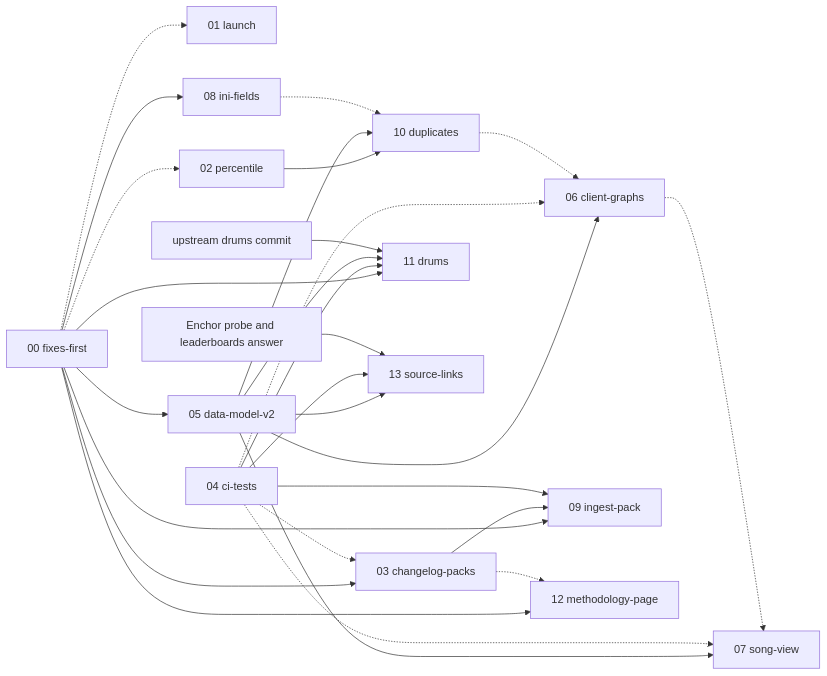
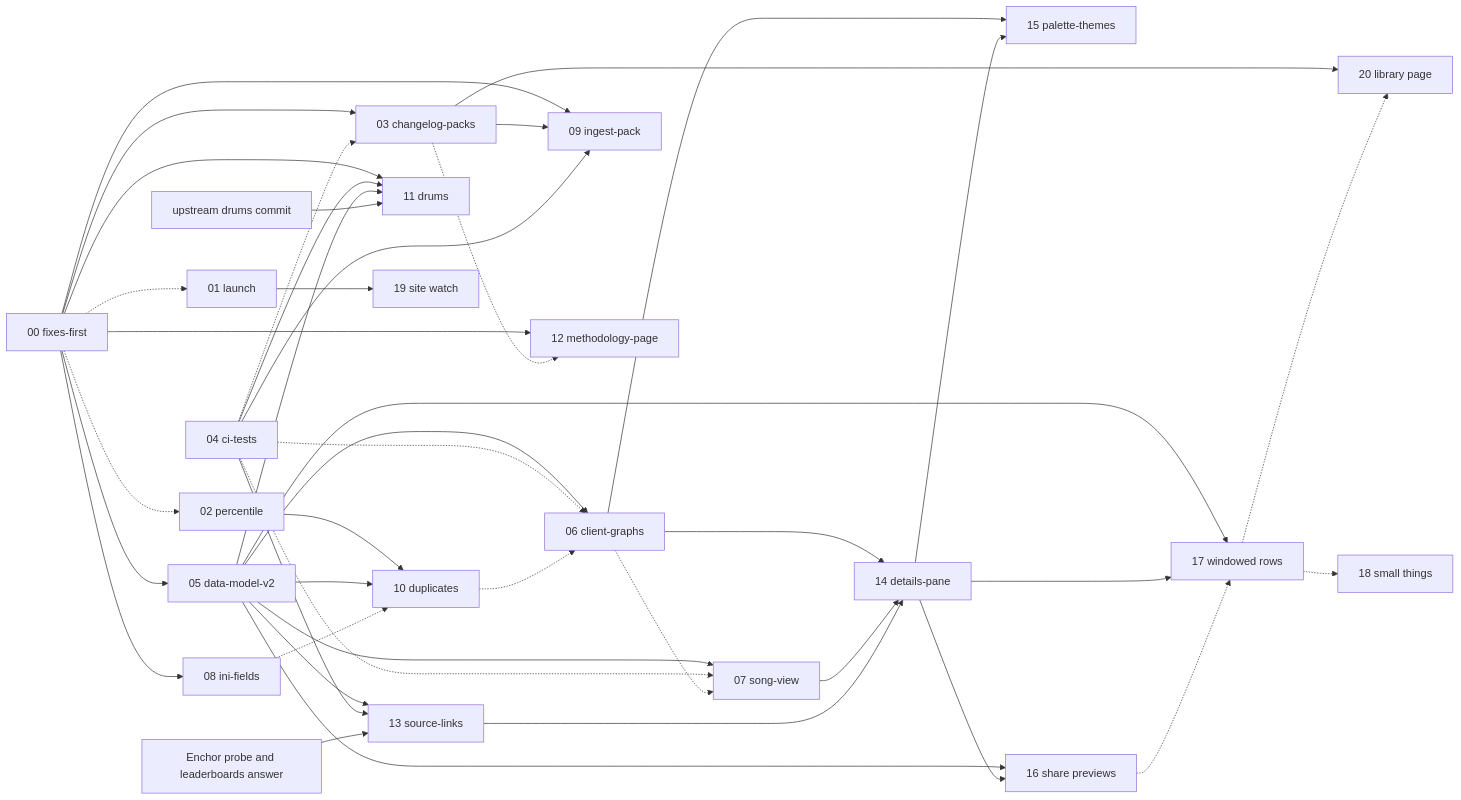
The diagram in docs/spec/README.md (ChaseFranz/fretwork), drawn with Mermaid before and after one commit. The commit also changed other lines of this file and 5 other files, not shown here.

Commit message:
spec: the second plan, sections 16 to 20 (share previews, windowed rows, small things, the site watch, the library page) and phase 4 in the index

````diff
--- a/docs/spec/README.md
+++ b/docs/spec/README.md
@@ -57,47 +71,68 @@
 ```mermaid
 flowchart LR
   S00[00 fixes-first]
   S01[01 launch]
   S02[02 percentile]
   S03[03 changelog-packs]
   S04[04 ci-tests]
   S05[05 data-model-v2]
   S06[06 client-graphs]
   S07[07 song-view]
   S08[08 ini-fields]
   S09[09 ingest-pack]
   S10[10 duplicates]
   S11[11 drums]
   S12[12 methodology-page]
   S13[13 source-links]
+  S14[14 details-pane]
+  S15[15 palette-themes]
   UP[upstream drums commit]
   PROBE[Enchor probe and leaderboards answer]
 
   S00 --> S03
   S00 --> S05
   S00 --> S08
   S00 --> S12
   S00 --> S09
   S03 --> S09
   S04 --> S09
   S02 --> S10
   S05 --> S10
   S05 --> S06
   S05 --> S07
   S05 --> S13
   S04 --> S13
   PROBE --> S13
   S00 --> S11
   S04 --> S11
   S05 --> S11
   UP --> S11
   S00 -.-> S01
   S00 -.-> S02
   S04 -.-> S03
   S04 -.-> S06
   S04 -.-> S07
   S06 -.-> S07
   S08 -.-> S10
   S10 -.-> S06
   S03 -.-> S12
+  S16[16 share previews]
+  S17[17 windowed rows]
+  S18[18 small things]
+  S19[19 site watch]
+  S20[20 library page]
+  S06 --> S14
+  S07 --> S14
+  S13 --> S14
+  S06 --> S15
+  S14 --> S15
+  S05 --> S16
+  S14 --> S16
+  S05 --> S17
+  S14 --> S17
+  S01 --> S19
+  S03 --> S20
+  S16 -.-> S17
+  S17 -.-> S18
+  S17 -.-> S20
 ```
````
